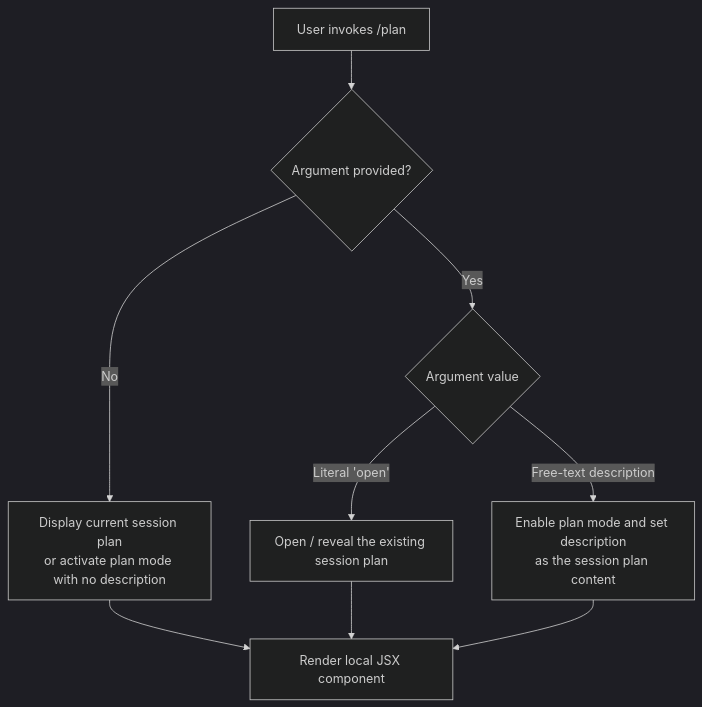
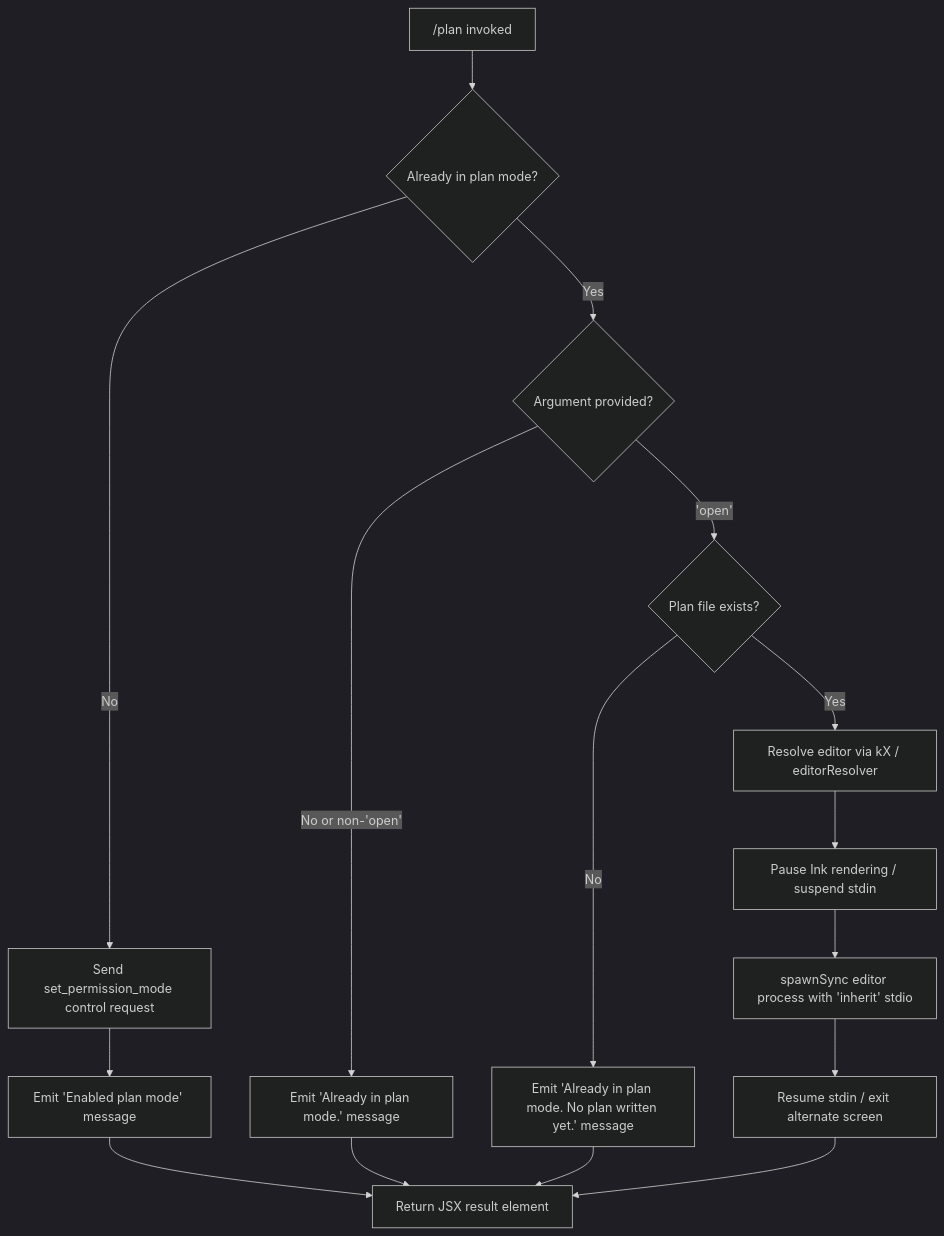
The diagram in versions/v2.1.152/plan.md (MyLittleLuckyDog/cc-gnothi), drawn with Mermaid (dark theme) before and after one commit. The commit also changed other lines of this file and 593 other files, not shown here.

````diff
--- a/versions/v2.1.152/plan.md
+++ b/versions/v2.1.152/plan.md
@@ -47,11 +55,18 @@
 ```mermaid
 flowchart TD
-    A[User invokes /plan] --> B{Argument provided?}
-    B -- No --> C[Display current session plan\nor activate plan mode with no description]
-    B -- Yes --> D{Argument value}
-    D -- Literal 'open' --> E[Open / reveal the existing session plan]
-    D -- Free-text description --> F[Enable plan mode and set description\nas the session plan content]
-    C --> G[Render local JSX component]
-    E --> G
-    F --> G
+    A["/plan invoked"] --> B{Already in plan mode?}
+    B -- No --> C[Send set_permission_mode control request]
+    C --> D[Emit 'Enabled plan mode' message]
+    D --> E[Return JSX result element]
+    B -- Yes --> F{Argument provided?}
+    F -- No or non-'open' --> G[Emit 'Already in plan mode.' message]
+    G --> E
+    F -- "'open'" --> H{Plan file exists?}
+    H -- No --> I[Emit 'Already in plan mode. No plan written yet.' message]
+    I --> E
+    H -- Yes --> J[Resolve editor via kX / editorResolver]
+    J --> K[Pause Ink rendering / suspend stdin]
+    K --> L[spawnSync editor process with 'inherit' stdio]
+    L --> M[Resume stdin / exit alternate screen]
+    M --> E
 ```
````
